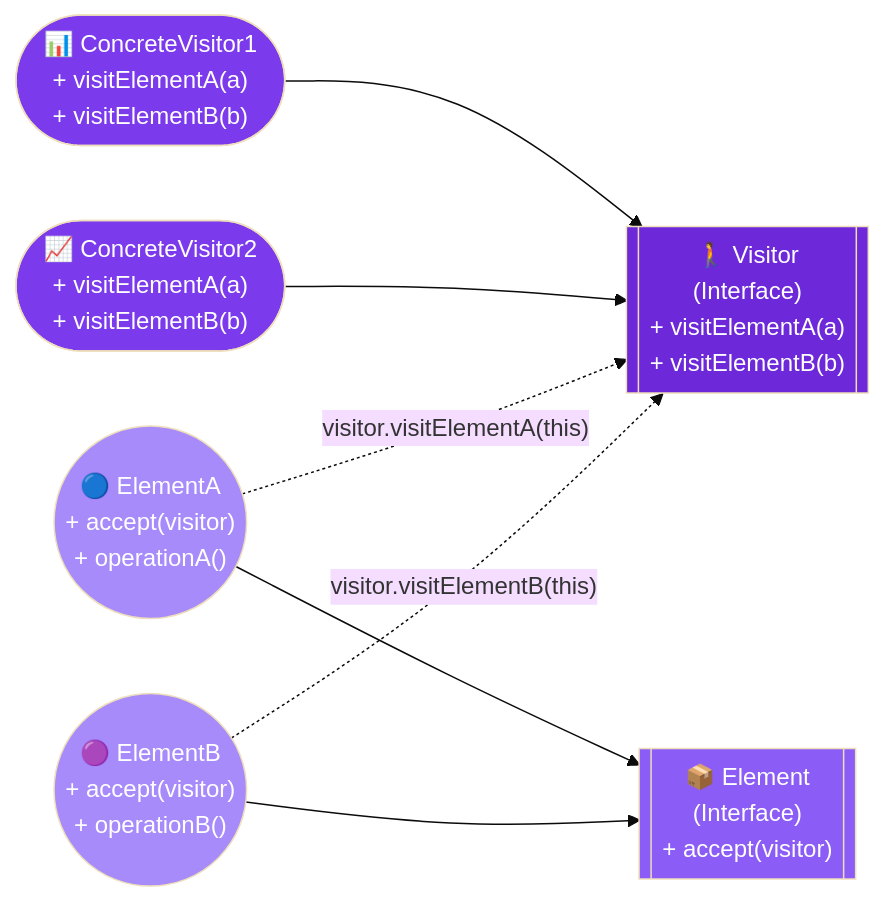
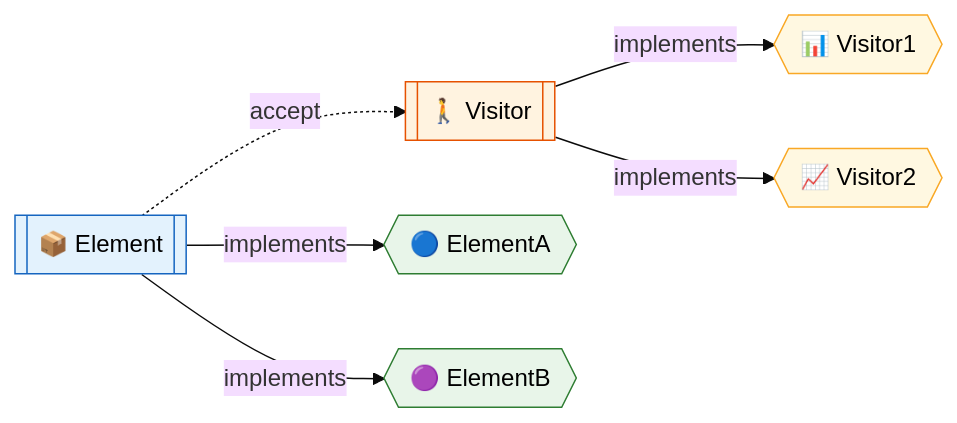
Before and after one commit to saivamsikaruturi/vamsilabs-dev-notes-main: the second of 3 diagrams in docs/designpatterns/behaviouralDesignPatterns/VisitorDp.md, drawn with Mermaid (base theme). The commit also changed other lines of this file and 42 other files, not shown here.

````diff
--- a/docs/designpatterns/behaviouralDesignPatterns/VisitorDp.md
+++ b/docs/designpatterns/behaviouralDesignPatterns/VisitorDp.md
@@ -31,23 +30,15 @@
 ```mermaid
 flowchart LR
-    Visitor[["🚶 Visitor\n(Interface)\n+ visitElementA(a)\n+ visitElementB(b)"]]
-    ConcreteVisitor1(["📊 ConcreteVisitor1\n+ visitElementA(a)\n+ visitElementB(b)"])
-    ConcreteVisitor2(["📈 ConcreteVisitor2\n+ visitElementA(a)\n+ visitElementB(b)"])
-    Element[["📦 Element\n(Interface)\n+ accept(visitor)"]]
-    ElementA(("🔵 ElementA\n+ accept(visitor)\n+ operationA()"))
-    ElementB(("🟣 ElementB\n+ accept(visitor)\n+ operationB()"))
+    Element[["📦 Element"]] -.->|"accept"| Visitor[["🚶 Visitor"]]
+    Visitor -->|"implements"| CV1{{"📊 Visitor1"}}
+    Visitor -->|"implements"| CV2{{"📈 Visitor2"}}
+    Element -->|"implements"| EA{{"🔵 ElementA"}}
+    Element -->|"implements"| EB{{"🟣 ElementB"}}
 
-    ConcreteVisitor1 --> Visitor
-    ConcreteVisitor2 --> Visitor
-    ElementA --> Element
-    ElementB --> Element
-    ElementA -.->|"visitor.visitElementA(this)"| Visitor
-    ElementB -.->|"visitor.visitElementB(this)"| Visitor
-
-    style Visitor fill:#6d28d9,color:#fff
-    style ConcreteVisitor1 fill:#7c3aed,color:#fff
-    style ConcreteVisitor2 fill:#7c3aed,color:#fff
-    style Element fill:#8b5cf6,color:#fff
-    style ElementA fill:#a78bfa,color:#fff
-    style ElementB fill:#a78bfa,color:#fff
+    style Visitor fill:#FFF3E0,stroke:#E65100,color:#000
+    style CV1 fill:#FFF8E1,stroke:#F9A825,color:#000
+    style CV2 fill:#FFF8E1,stroke:#F9A825,color:#000
+    style Element fill:#E3F2FD,stroke:#1565C0,color:#000
+    style EA fill:#E8F5E9,stroke:#2E7D32,color:#000
+    style EB fill:#E8F5E9,stroke:#2E7D32,color:#000
 ```
````
